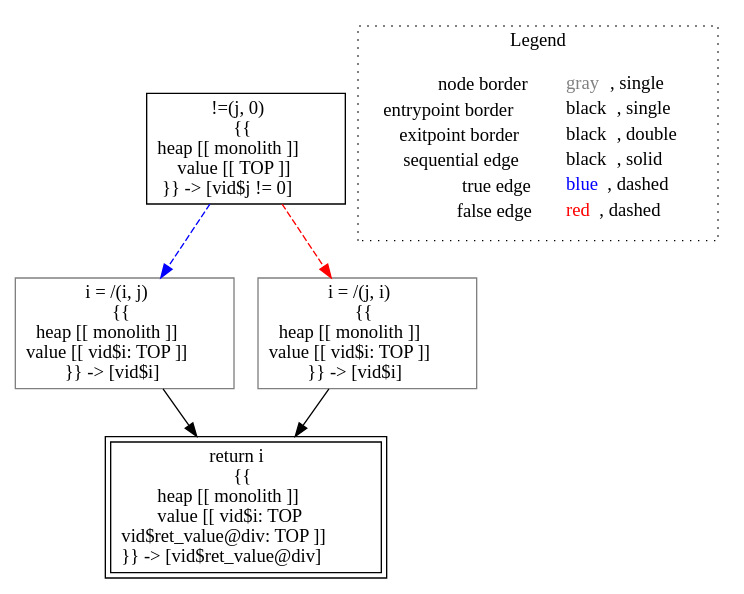
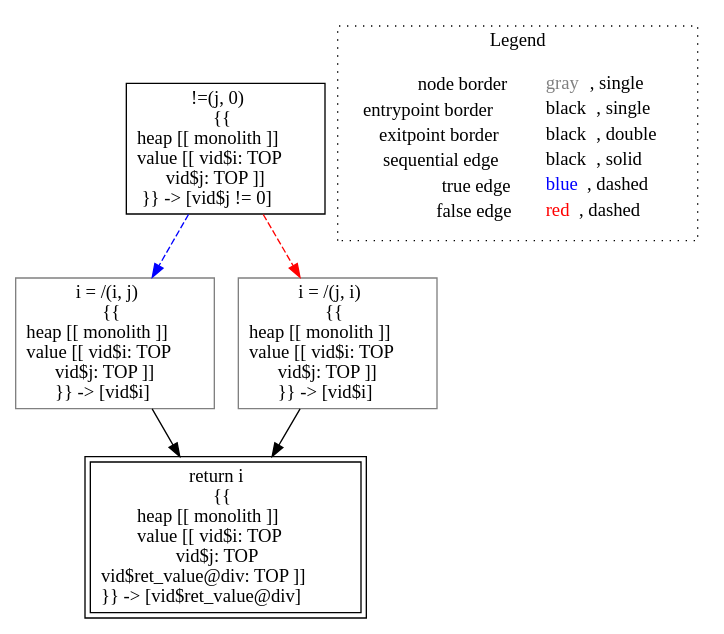
One commit to lisa-analyzer/lisa changed the diagram in lisa/imp-testcases/numeric/int-const/analysis___untyped_div(untyped_i,_untyped_j).dot. Above: the diagram before and after it, drawn with Graphviz. The commit also changed 18 other files, not shown here.

First line of the commit message:
PushAny for expressions creating top value

```diff
--- a/lisa/imp-testcases/numeric/int-const/analysis___untyped_div(untyped_i,_untyped_j).dot
+++ b/lisa/imp-testcases/numeric/int-const/analysis___untyped_div(untyped_i,_untyped_j).dot
@@ -1,17 +1,17 @@
 digraph {
-	"node0" [shape="rect",color="black",label=<!=(j, 0)<BR/>{{<BR/>heap [[ monolith ]]<BR/>value [[ TOP ]]<BR/>}} -&gt; [vid$j != 0]>];
-	"node1" [shape="rect",color="gray",label=<i = /(i, j)<BR/>{{<BR/>heap [[ monolith ]]<BR/>value [[ vid$i: TOP ]]<BR/>}} -&gt; [vid$i]>];
-	"node2" [shape="rect",color="gray",label=<i = /(j, i)<BR/>{{<BR/>heap [[ monolith ]]<BR/>value [[ vid$i: TOP ]]<BR/>}} -&gt; [vid$i]>];
-	"node3" [shape="rect",color="black",peripheries="2",label=<return i<BR/>{{<BR/>heap [[ monolith ]]<BR/>value [[ vid$i: TOP<BR/>vid$ret_value@div: TOP ]]<BR/>}} -&gt; [vid$ret_value@div]>];
-	"node1" -> "node3" [color="black"];
-	"node2" -> "node3" [color="black"];
-	"node0" -> "node1" [color="blue",style="dashed"];
-	"node0" -> "node2" [color="red",style="dashed"];
+	"node0" [shape="rect",color="black",label=<!=(j, 0)<BR/>{{<BR/>heap [[ monolith ]]<BR/>value [[ vid$i: TOP<BR/>vid$j: TOP ]]<BR/>}} -&gt; [vid$j != 0]>];
+	"node1" [shape="rect",color="black",peripheries="2",label=<return i<BR/>{{<BR/>heap [[ monolith ]]<BR/>value [[ vid$i: TOP<BR/>vid$j: TOP<BR/>vid$ret_value@div: TOP ]]<BR/>}} -&gt; [vid$ret_value@div]>];
+	"node2" [shape="rect",color="gray",label=<i = /(i, j)<BR/>{{<BR/>heap [[ monolith ]]<BR/>value [[ vid$i: TOP<BR/>vid$j: TOP ]]<BR/>}} -&gt; [vid$i]>];
+	"node3" [shape="rect",color="gray",label=<i = /(j, i)<BR/>{{<BR/>heap [[ monolith ]]<BR/>value [[ vid$i: TOP<BR/>vid$j: TOP ]]<BR/>}} -&gt; [vid$i]>];
+	"node2" -> "node1" [color="black"];
+	"node0" -> "node2" [color="blue",style="dashed"];
+	"node0" -> "node3" [color="red",style="dashed"];
+	"node3" -> "node1" [color="black"];
 subgraph cluster_legend {
 	label="Legend";
 	style=dotted;
 	node [shape=plaintext];
 	"legend" [label=<<table border="0" cellpadding="2" cellspacing="0" cellborder="0"><tr><td align="right">node border&nbsp;</td><td align="left"><font color="gray">gray</font>, single</td></tr><tr><td align="right">entrypoint border&nbsp;</td><td align="left"><font color="black">black</font>, single</td></tr><tr><td align="right">exitpoint border&nbsp;</td><td align="left"><font color="black">black</font>, double</td></tr><tr><td align="right">sequential edge&nbsp;</td><td align="left"><font color="black">black</font>, solid</td></tr><tr><td align="right">true edge&nbsp;</td><td align="left"><font color="blue">blue</font>, dashed</td></tr><tr><td align="right">false edge&nbsp;</td><td align="left"><font color="red">red</font>, dashed</td></tr></table>>];
 }
 
 }
```
